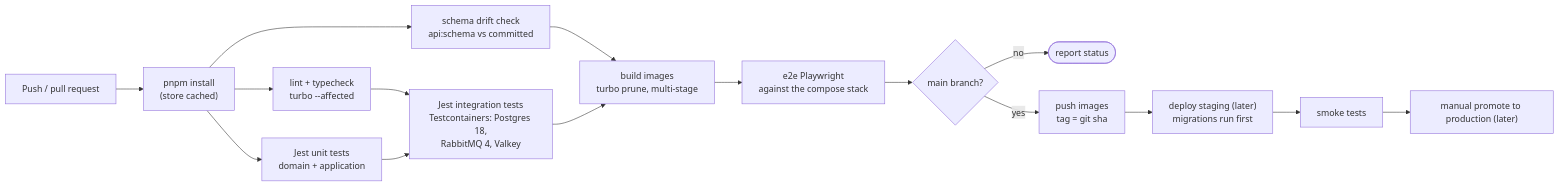
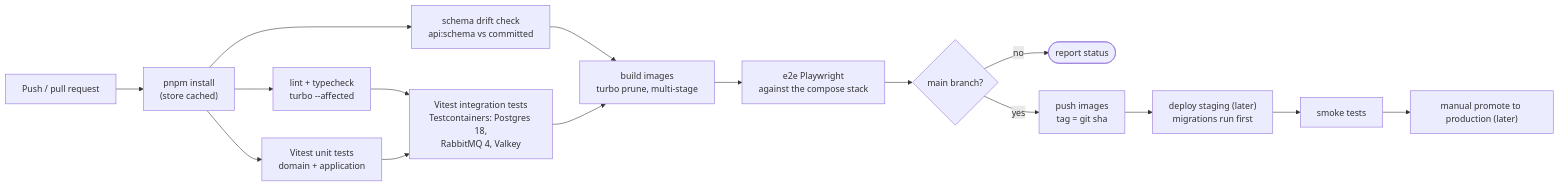
Before and after one commit to dauxuanhoanghung/my-ticket-board: the diagram in docs/diagrams/architecture/11-ci-pipeline.md, drawn with Mermaid. The commit also changed 134 other files, not shown here.

````diff
--- a/docs/diagrams/architecture/11-ci-pipeline.md
+++ b/docs/diagrams/architecture/11-ci-pipeline.md
@@ -5,18 +5,18 @@
 ```mermaid
 flowchart LR
   pr["Push / pull request"] --> install["pnpm install<br/>(store cached)"]
   install --> lint["lint + typecheck<br/>turbo --affected"]
-  install --> unit["Jest unit tests<br/>domain + application"]
+  install --> unit["Vitest unit tests<br/>domain + application"]
   install --> schema["schema drift check<br/>api:schema vs committed"]
-  lint --> integ["Jest integration tests<br/>Testcontainers: Postgres 18,<br/>RabbitMQ 4, Valkey"]
+  lint --> integ["Vitest integration tests<br/>Testcontainers: Postgres 18,<br/>RabbitMQ 4, Valkey"]
   unit --> integ
   schema --> build["build images<br/>turbo prune, multi-stage"]
   integ --> build
   build --> e2e["e2e Playwright<br/>against the compose stack"]
   e2e --> main{"main branch?"}
   main -- no --> done(["report status"])
   main -- yes --> push["push images<br/>tag = git sha"]
   push --> stg["deploy staging (later)<br/>migrations run first"]
   stg --> smoke["smoke tests"]
   smoke --> prod["manual promote to production (later)"]
 ```
````
